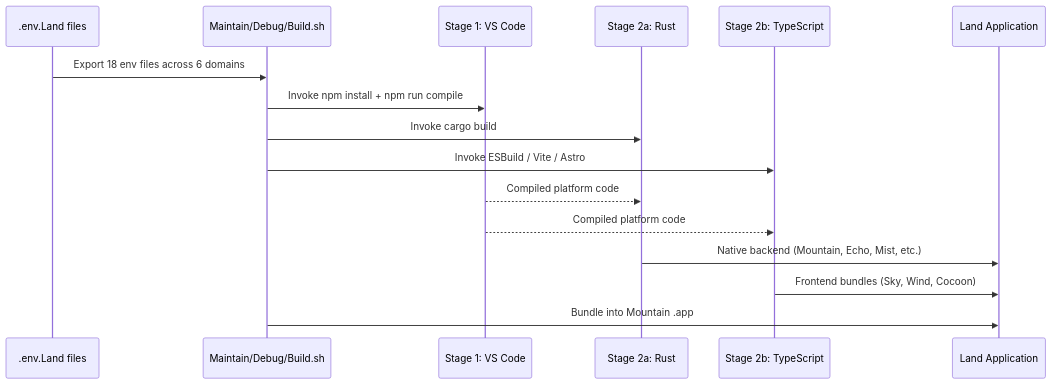
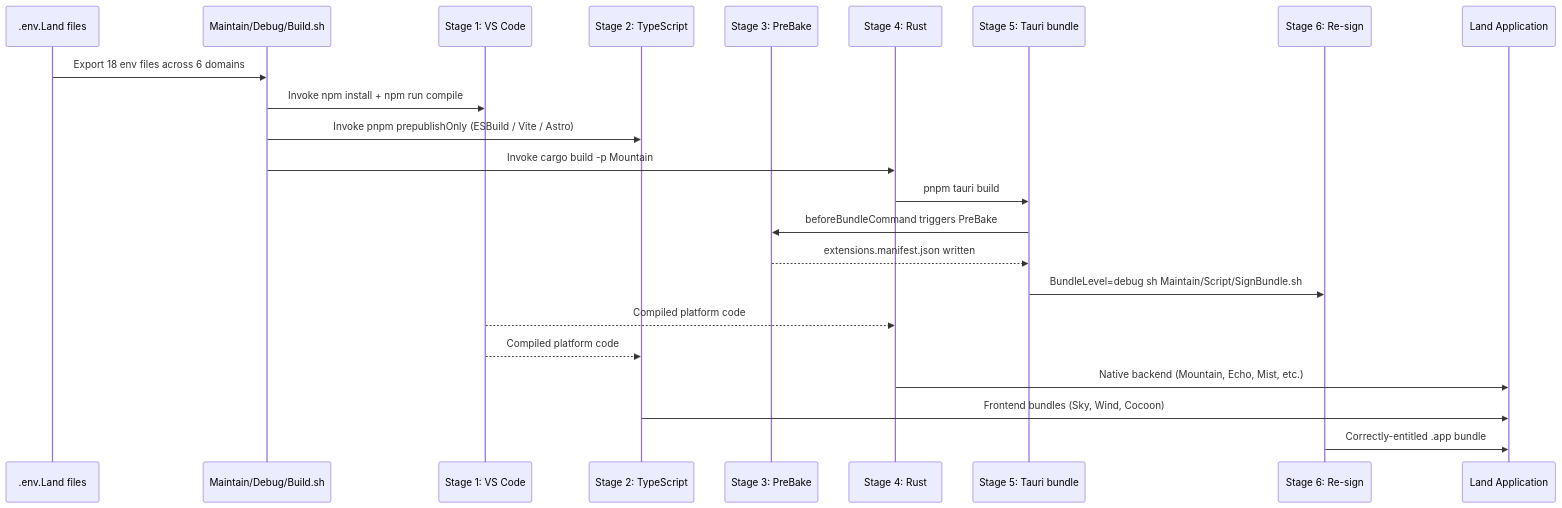
The first of 3 diagrams in Documentation/GitHub/BuildPipeline.md (CodeEditorLand/Land), drawn with Mermaid before and after one commit. The commit also changed other lines of this file and 21 other files, not shown here.

````diff
--- a/Documentation/GitHub/BuildPipeline.md
+++ b/Documentation/GitHub/BuildPipeline.md
@@ -35,19 +41,26 @@
 ```mermaid
 sequenceDiagram
     participant Env as .env.Land files
     participant BS as Maintain/Debug/Build.sh
     participant S1 as Stage 1: VS Code
-    participant S2R as Stage 2a: Rust
-    participant S2T as Stage 2b: TypeScript
+    participant S2T as Stage 2: TypeScript
+    participant S3 as Stage 3: PreBake
+    participant S4R as Stage 4: Rust
+    participant S5 as Stage 5: Tauri bundle
+    participant S6 as Stage 6: Re-sign
     participant App as Land Application
 
     Env->>BS: Export 18 env files across 6 domains
     BS->>S1: Invoke npm install + npm run compile
-    BS->>S2R: Invoke cargo build
-    BS->>S2T: Invoke ESBuild / Vite / Astro
-    S1-->>S2R: Compiled platform code
+    BS->>S2T: Invoke pnpm prepublishOnly (ESBuild / Vite / Astro)
+    BS->>S4R: Invoke cargo build -p Mountain
+    S4R->>S5: pnpm tauri build
+    S5->>S3: beforeBundleCommand triggers PreBake
+    S3-->>S5: extensions.manifest.json written
+    S5->>S6: BundleLevel=debug sh Maintain/Script/SignBundle.sh
+    S1-->>S4R: Compiled platform code
     S1-->>S2T: Compiled platform code
-    S2R->>App: Native backend (Mountain, Echo, Mist, etc.)
+    S4R->>App: Native backend (Mountain, Echo, Mist, etc.)
     S2T->>App: Frontend bundles (Sky, Wind, Cocoon)
-    BS->>App: Bundle into Mountain .app
+    S6->>App: Correctly-entitled .app bundle
 ```
````
